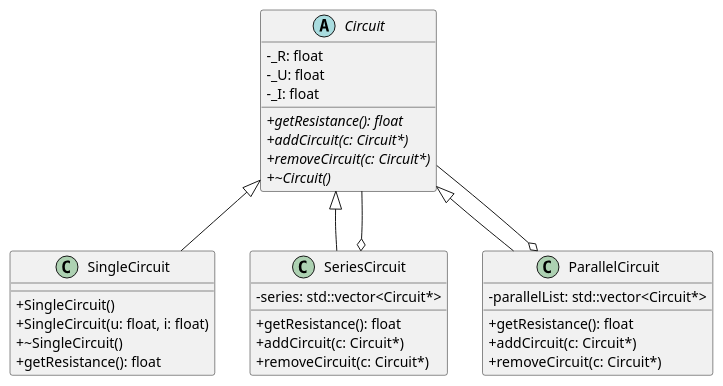
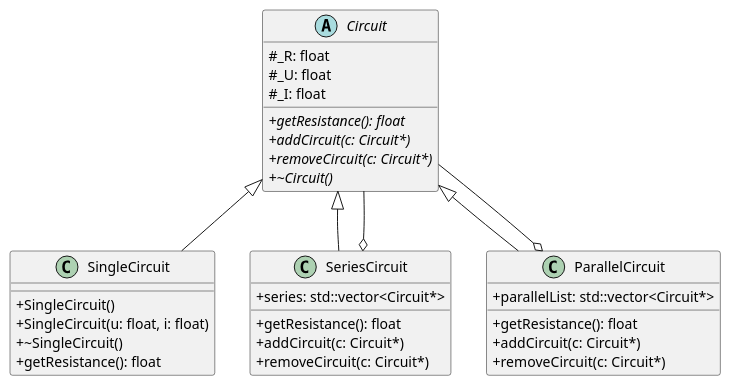
The diagram in C++/OOP/W08/diagram_circuit.plantuml (Yovanmost/HCMUS), drawn with PlantUML before and after one commit.

Commit message:
OOP homework week 8

```diff
--- a/C++/OOP/W08/diagram_circuit.plantuml
+++ b/C++/OOP/W08/diagram_circuit.plantuml
@@ -1,44 +1,44 @@
 @startuml
 
 skinparam classAttributeIconSize 0
 
 abstract class Circuit {
-    - _R: float
-    - _U: float
-    - _I: float
+    # _R: float
+    # _U: float
+    # _I: float
     + {abstract} getResistance(): float
     + {abstract} addCircuit(c: Circuit*)
     + {abstract} removeCircuit(c: Circuit*)
     + {abstract} ~Circuit()
 }
 
 class SingleCircuit {
     + SingleCircuit()
     + SingleCircuit(u: float, i: float)
     + ~SingleCircuit()
     + getResistance(): float
 }
 
 class SeriesCircuit {
-    - series: std::vector<Circuit*>
+    + series: std::vector<Circuit*>
     + getResistance(): float
     + addCircuit(c: Circuit*)
     + removeCircuit(c: Circuit*)
 }
 
 class ParallelCircuit {
-    - parallelList: std::vector<Circuit*>
+    + parallelList: std::vector<Circuit*>
     + getResistance(): float
     + addCircuit(c: Circuit*)
     + removeCircuit(c: Circuit*)
 }
 
 Circuit <|-- SeriesCircuit
 Circuit --o SeriesCircuit
 
 Circuit <|-- SingleCircuit
 
 Circuit <|-- ParallelCircuit
 Circuit --o ParallelCircuit
 
 @enduml
```
